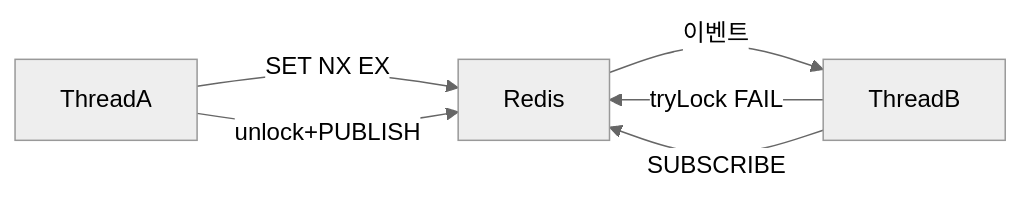
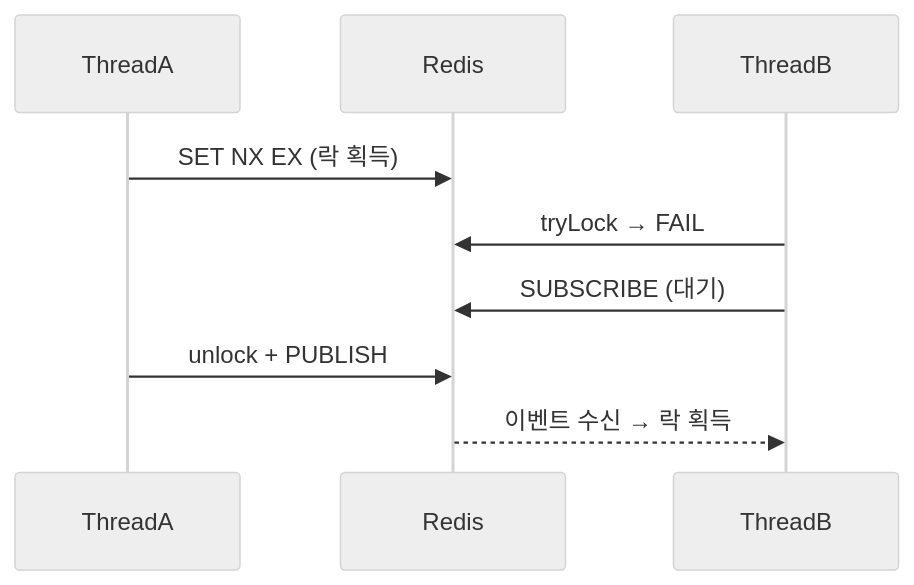
The fifth of 15 diagrams in _posts/redis/2026-05-01-redis-distributed-lock.md (yjkim2015/yjkim2015.github.io), drawn with Mermaid (neutral theme) before and after one commit. The commit also changed other lines of this file, not shown here.

First line of the commit message:
Redis 분산 락 다이어그램: 복잡한 flowchart → sequenceDiagram 전환

````diff
--- a/_posts/redis/2026-05-01-redis-distributed-lock.md
+++ b/_posts/redis/2026-05-01-redis-distributed-lock.md
@@ -318,8 +323,8 @@
 ```mermaid
-graph LR
-    A["ThreadA"] -->|SET NX EX| R["Redis"]
-    B["ThreadB"] -->|tryLock FAIL| R
-    B -->|SUBSCRIBE| R
-    A -->|unlock+PUBLISH| R
-    R -->|이벤트| B
+sequenceDiagram
+    ThreadA->>Redis: SET NX EX (락 획득)
+    ThreadB->>Redis: tryLock → FAIL
+    ThreadB->>Redis: SUBSCRIBE (대기)
+    ThreadA->>Redis: unlock + PUBLISH
+    Redis-->>ThreadB: 이벤트 수신 → 락 획득
 ```
````
